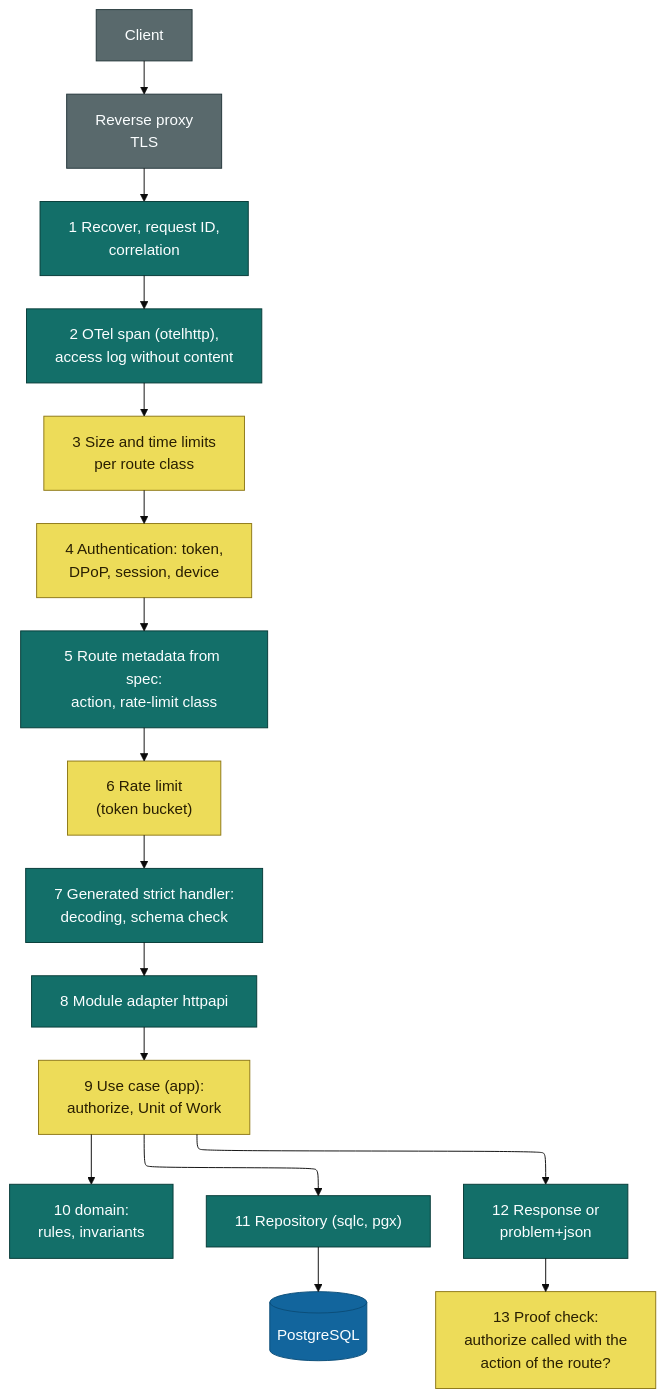
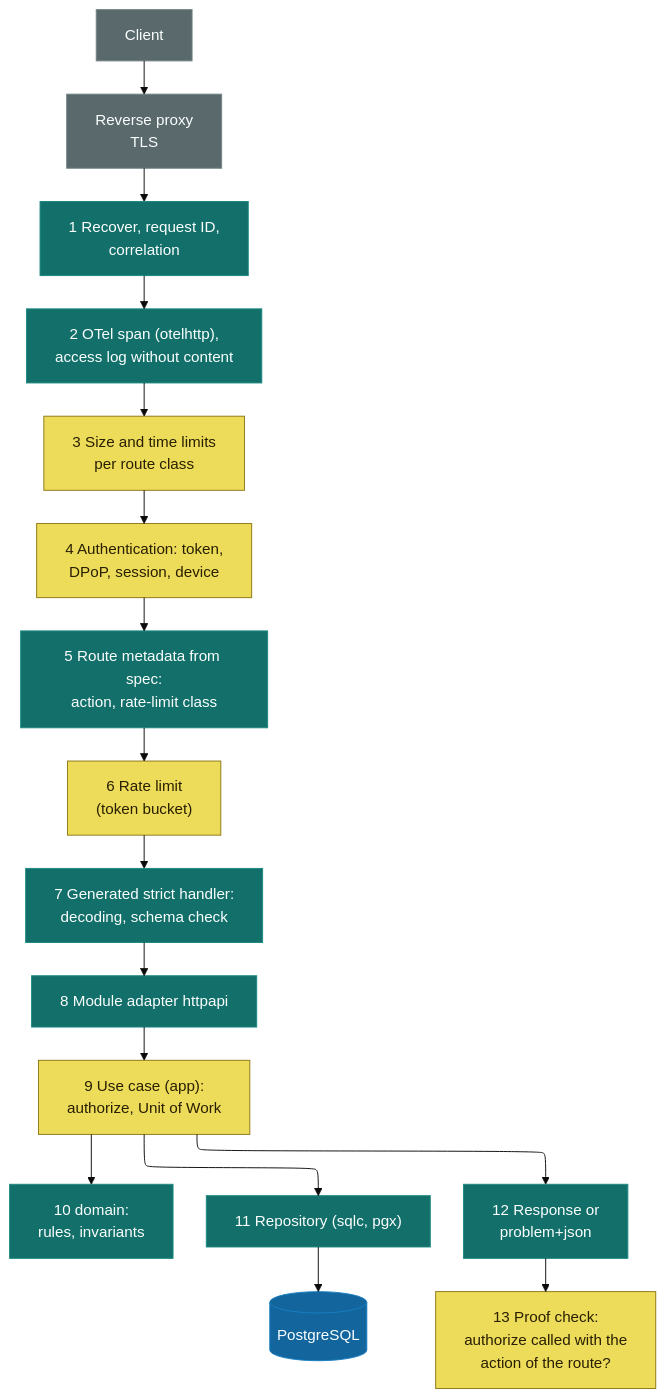
Before and after one commit to mguttmann/bothy: the diagram in docs/architecture/flow-request-path.mmd, drawn with Mermaid (base theme). The commit also changed 176 other files, not shown here.

```diff
--- a/docs/architecture/flow-request-path.mmd
+++ b/docs/architecture/flow-request-path.mmd
@@ -1,26 +1,26 @@
 ---
 config:
   layout: elk
 ---
 %% Request path of a REST request in the api node. Description: 02-architecture.md, section 10.
 flowchart TB
-  classDef step fill:#136f69,stroke:#063b38,color:#fbfeff
+  classDef step fill:#136f69,stroke:#1b8a83,color:#fbfeff
   classDef check fill:#eddc59,stroke:#8d7716,color:#291f02
-  classDef store fill:#12659d,stroke:#0b4d79,color:#fbfeff
-  classDef ext fill:#59696c,stroke:#24363a,color:#fbfeff
+  classDef store fill:#12659d,stroke:#197fc3,color:#fbfeff
+  classDef ext fill:#59696c,stroke:#748486,color:#fbfeff
 
   client["Client"]:::ext --> proxy["Reverse proxy<br/>TLS"]:::ext
   proxy --> m1["1 Recover, request ID,<br/>correlation"]:::step
   m1 --> m2["2 OTel span (otelhttp),<br/>access log without content"]:::step
   m2 --> m3["3 Size and time limits<br/>per route class"]:::check
   m3 --> m4["4 Authentication: token,<br/>DPoP, session, device"]:::check
   m4 --> m5["5 Route metadata from spec:<br/>action, rate-limit class"]:::step
   m5 --> m6["6 Rate limit<br/>(token bucket)"]:::check
   m6 --> m7["7 Generated strict handler:<br/>decoding, schema check"]:::step
   m7 --> h["8 Module adapter httpapi"]:::step
   h --> app["9 Use case (app):<br/>authorize, Unit of Work"]:::check
   app --> dom["10 domain:<br/>rules, invariants"]:::step
   app --> repo["11 Repository (sqlc, pgx)"]:::step
   repo --> db[("PostgreSQL")]:::store
   app --> resp["12 Response or<br/>problem+json"]:::step
   resp --> m8["13 Proof check:<br/>authorize called with the<br/>action of the route?"]:::check
```
